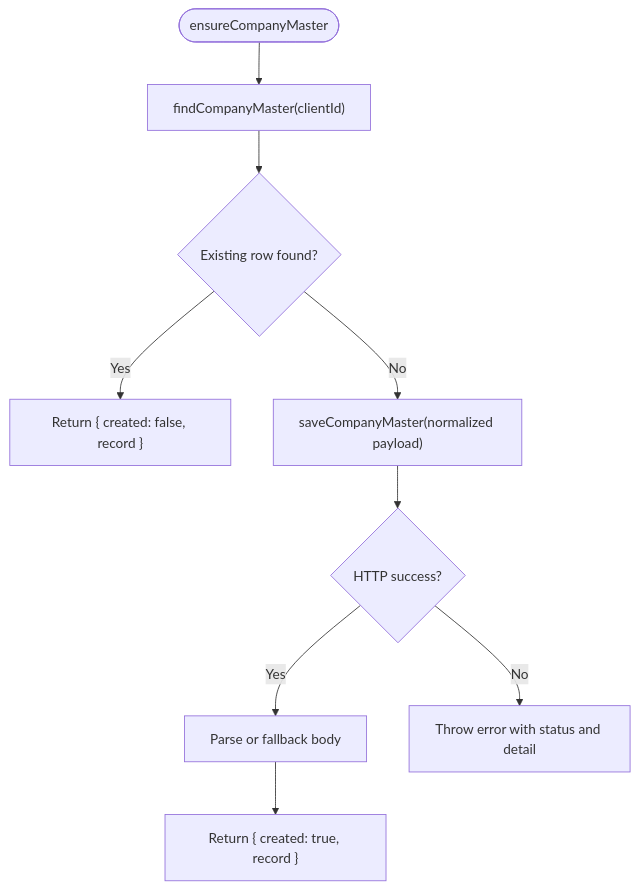
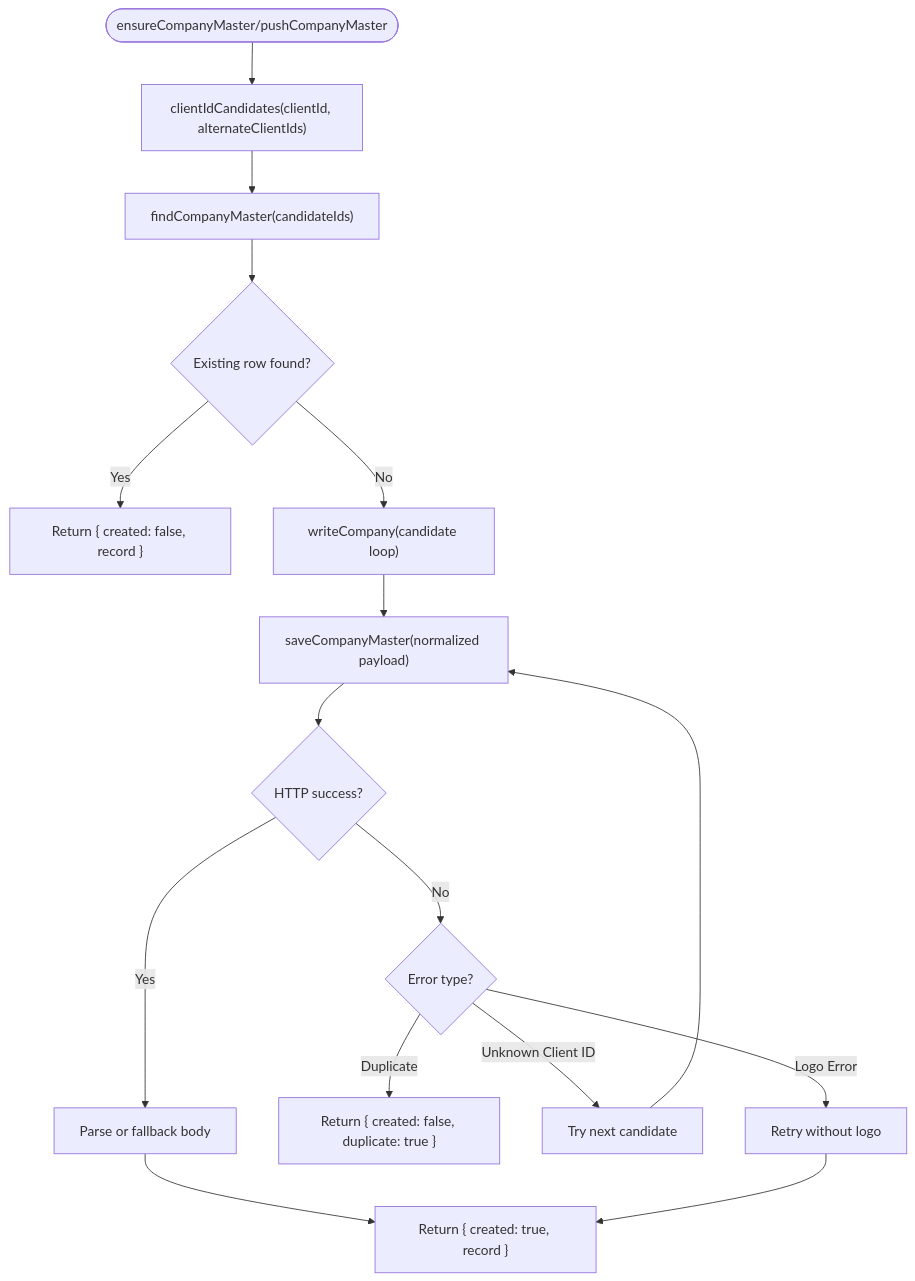
One commit to imcbsglobal/TRELLISCO_ERP_FRONTEND changed the third of 5 diagrams in .qoder/repowiki/en/content/API Integration Layer/Company Master API Integration.md. Above: the diagram before and after it, drawn with Mermaid. The commit also changed other lines of this file and 24 other files, not shown here.

````diff
--- a/.qoder/repowiki/en/content/API Integration Layer/Company Master API Integration.md
+++ b/.qoder/repowiki/en/content/API Integration Layer/Company Master API Integration.md
@@ -135,11 +151,18 @@
 ```mermaid
 flowchart TD
-Start(["ensureCompanyMaster"]) --> Lookup["findCompanyMaster(clientId)"]
+Start(["ensureCompanyMaster/pushCompanyMaster"]) --> Candidates["clientIdCandidates(clientId, alternateClientIds)"]
+Candidates --> Lookup["findCompanyMaster(candidateIds)"]
 Lookup --> Found{"Existing row found?"}
 Found --> |Yes| ReturnExisting["Return { created: false, record }"]
-Found --> |No| Save["saveCompanyMaster(normalized payload)"]
-Save --> Success{"HTTP success?"}
+Found --> |No| WriteLoop["writeCompany(candidate loop)"]
+WriteLoop --> TrySave["saveCompanyMaster(normalized payload)"]
+TrySave --> Success{"HTTP success?"}
 Success --> |Yes| ParseBody["Parse or fallback body"]
 ParseBody --> ReturnNew["Return { created: true, record }"]
-Success --> |No| ThrowError["Throw error with status and detail"]
+Success --> |No| ErrorCheck{"Error type?"}
+ErrorCheck --> |Duplicate| ReturnDuplicate["Return { created: false, duplicate: true }"]
+ErrorCheck --> |Unknown Client ID| NextCandidate["Try next candidate"]
+ErrorCheck --> |Logo Error| RetryWithoutLogo["Retry without logo"]
+NextCandidate --> TrySave
+RetryWithoutLogo --> ReturnNew
 ```
````
